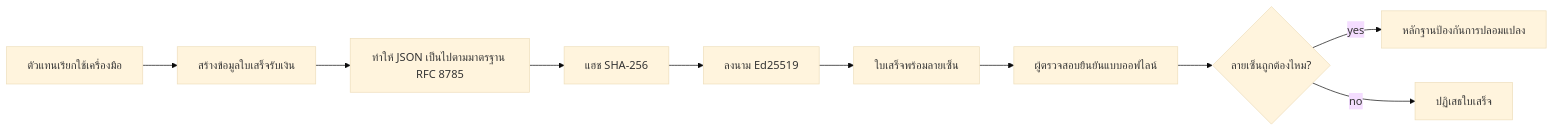
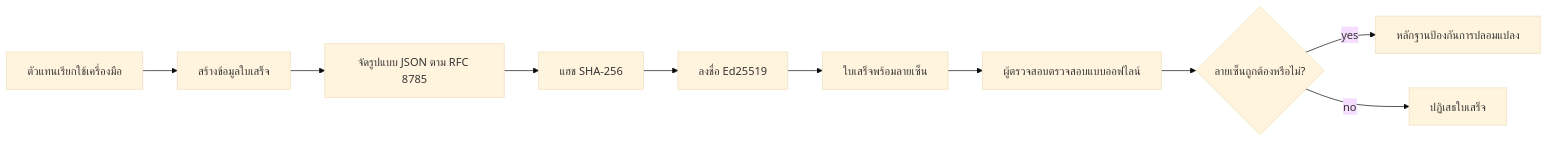
One commit to gabrielmoreira/agent-skills-mirror changed the first of 2 diagrams in mirrors/repos/microsoft@ai-agents-for-beginners/translations/th/18-securing-ai-agents/README.md. Above: the diagram before and after it, drawn with Mermaid (base theme). The commit also changed other lines of this file and 2285 other files, not shown here.

````diff
--- a/mirrors/repos/microsoft@ai-agents-for-beginners/translations/th/18-securing-ai-agents/README.md
+++ b/mirrors/repos/microsoft@ai-agents-for-beginners/translations/th/18-securing-ai-agents/README.md
@@ -51,12 +51,12 @@
 ```mermaid
 flowchart LR
-    A[ตัวแทนเรียกใช้เครื่องมือ] --> B[สร้างข้อมูลใบเสร็จรับเงิน]
-    B --> C[ทำให้ JSON เป็นไปตามมาตรฐาน RFC 8785]
+    A[ตัวแทนเรียกใช้เครื่องมือ] --> B[สร้างข้อมูลใบเสร็จ]
+    B --> C[จัดรูปแบบ JSON ตาม RFC 8785]
     C --> D[แฮช SHA-256]
-    D --> E[ลงนาม Ed25519]
+    D --> E[ลงชื่อ Ed25519]
     E --> F[ใบเสร็จพร้อมลายเซ็น]
-    F --> G[ผู้ตรวจสอบยืนยันแบบออฟไลน์]
-    G --> H{ลายเซ็นถูกต้องไหม?}
+    F --> G[ผู้ตรวจสอบตรวจสอบแบบออฟไลน์]
+    G --> H{ลายเซ็นถูกต้องหรือไม่?}
     H -- yes --> I[หลักฐานป้องกันการปลอมแปลง]
     H -- no --> J[ปฏิเสธใบเสร็จ]
 ```
````
